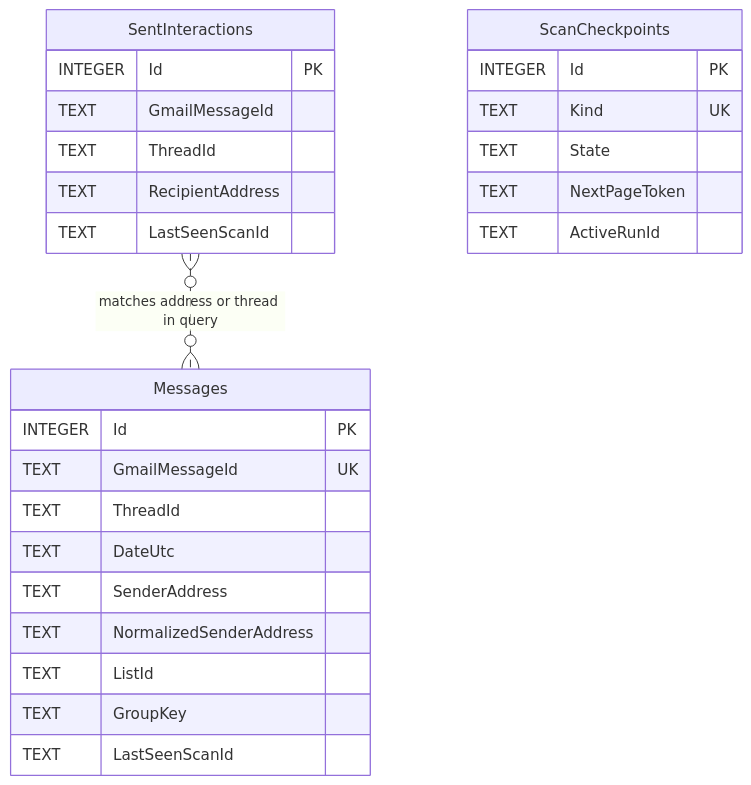
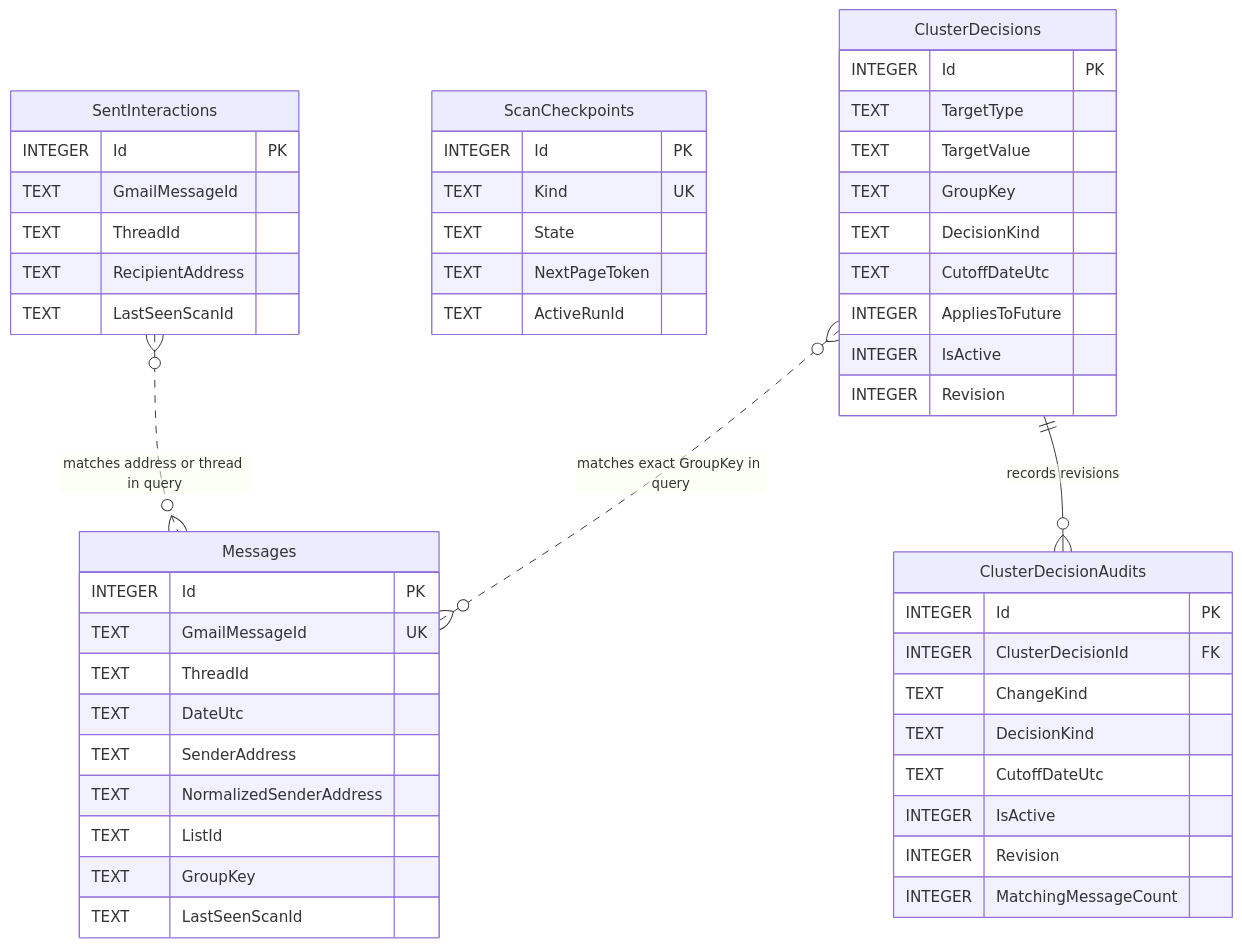
The diagram in docs/database-schema.md (JayCroghan/Inbox-Curator), drawn with Mermaid before and after one commit. The commit also changed other lines of this file and 31 other files, not shown here.

````diff
--- a/docs/database-schema.md
+++ b/docs/database-schema.md
@@ -5,30 +5,53 @@
 ```mermaid
 erDiagram
     Messages {
         INTEGER Id PK
         TEXT GmailMessageId UK
         TEXT ThreadId
         TEXT DateUtc
         TEXT SenderAddress
         TEXT NormalizedSenderAddress
         TEXT ListId
         TEXT GroupKey
         TEXT LastSeenScanId
     }
     SentInteractions {
         INTEGER Id PK
         TEXT GmailMessageId
         TEXT ThreadId
         TEXT RecipientAddress
         TEXT LastSeenScanId
     }
     ScanCheckpoints {
         INTEGER Id PK
         TEXT Kind UK
         TEXT State
         TEXT NextPageToken
         TEXT ActiveRunId
     }
+    ClusterDecisions {
+        INTEGER Id PK
+        TEXT TargetType
+        TEXT TargetValue
+        TEXT GroupKey
+        TEXT DecisionKind
+        TEXT CutoffDateUtc
+        INTEGER AppliesToFuture
+        INTEGER IsActive
+        INTEGER Revision
+    }
+    ClusterDecisionAudits {
+        INTEGER Id PK
+        INTEGER ClusterDecisionId FK
+        TEXT ChangeKind
+        TEXT DecisionKind
+        TEXT CutoffDateUtc
+        INTEGER IsActive
+        INTEGER Revision
+        INTEGER MatchingMessageCount
+    }
 
     SentInteractions }o..o{ Messages : "matches address or thread in query"
+    ClusterDecisions ||--o{ ClusterDecisionAudits : "records revisions"
+    ClusterDecisions }o..o{ Messages : "matches exact GroupKey in query"
 ```
````
